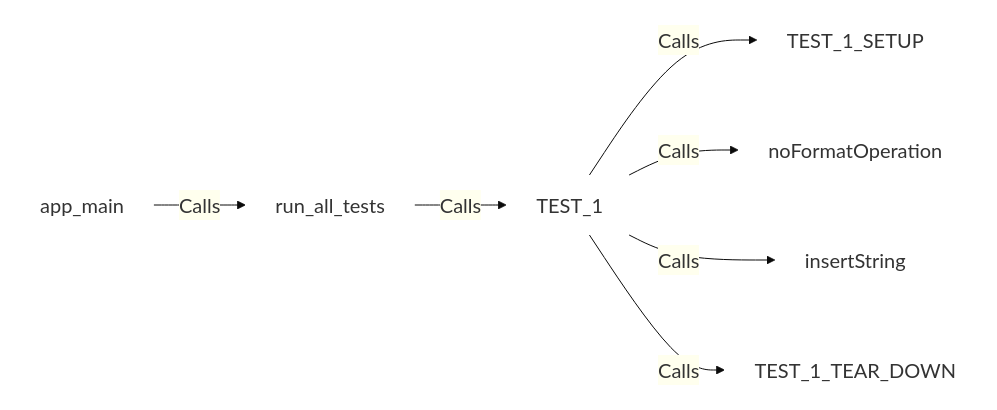
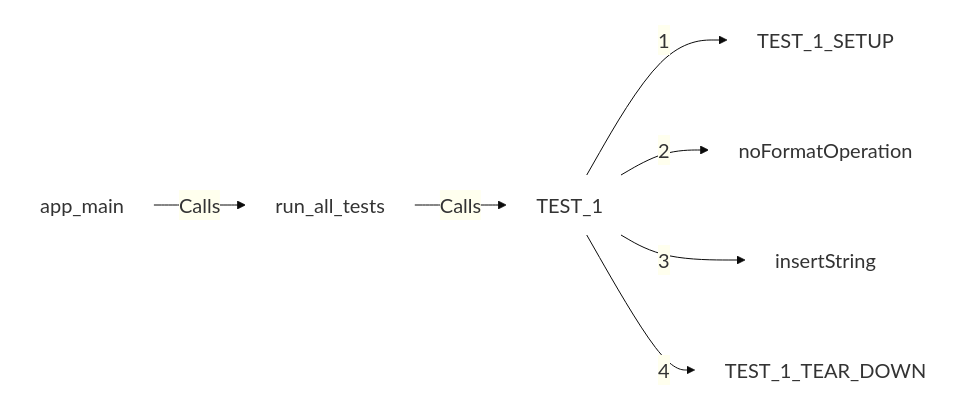
One commit to segin-GH/TDD-4-Embedded changed the diagram in testFixtures/README.md. Above: the diagram before and after it, drawn with Mermaid.

````diff
--- a/testFixtures/README.md
+++ b/testFixtures/README.md
@@ -3,12 +3,12 @@
 ```mermaid
 %%{init: {'theme': 'base', 'themeVariables': { 'primaryColor': '#0000', 'edgeLabelBackground':'#ffffee','fontSize':'20px', 'tertiaryColor': '#fff0f0'}}}%%
 
 graph LR
 A[app_main] -- Calls --> B[run_all_tests]
 B -- Calls --> C[TEST_1]
-C -- Calls --> D[TEST_1_SETUP]
-C -- Calls --> E[noFormatOperation]
-C -- Calls --> F[insertString]
-C -- Calls --> G[TEST_1_TEAR_DOWN]
+C -- 1 --> D[TEST_1_SETUP]
+C -- 2 --> E[noFormatOperation]
+C -- 3 --> F[insertString]
+C -- 4 --> G[TEST_1_TEAR_DOWN]
 
 ```
````
